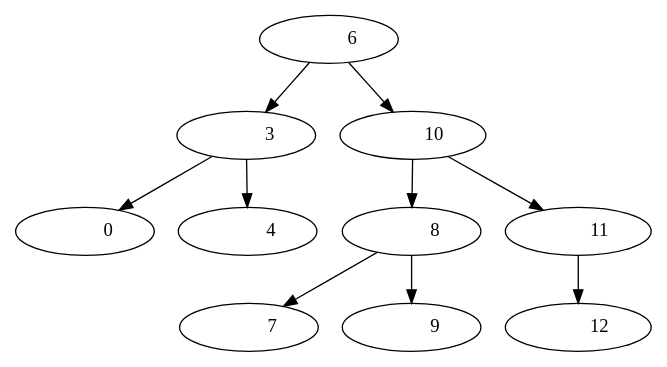
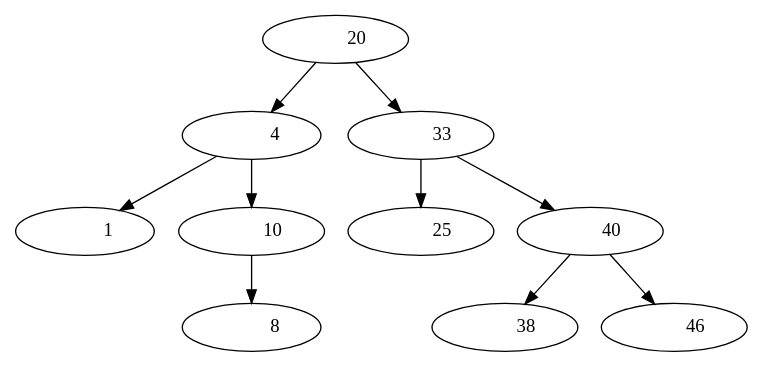
One commit to Fercho9134/EDD_PROYECTO_202200349 changed the diagram in Fase 2/json-fortran-8.3.0/build/avl_imagenes.dot. Above: the diagram before and after it, drawn with Graphviz. The commit also changed 932 other files, not shown here.

```diff
--- a/Fase 2/json-fortran-8.3.0/build/avl_imagenes.dot
+++ b/Fase 2/json-fortran-8.3.0/build/avl_imagenes.dot
@@ -1,21 +1,21 @@
  digraph G {
- "Nodo55904fdf-730e-4cad-4177-97587a7b4c61"[label= "           6 "]
- "Nodo55904fdf-730e-4cad-4177-97587a7b4c61"->"Nodo35a234b4-3a8f-4d5e-6c0e-a7a1af52e434"
- "Nodo55904fdf-730e-4cad-4177-97587a7b4c61"->"Nododc6ff780-75c6-43a8-6f05-37b8fddf6e66"
- "Nodo35a234b4-3a8f-4d5e-6c0e-a7a1af52e434"[label= "           3 "]
- "Nodo35a234b4-3a8f-4d5e-6c0e-a7a1af52e434"->"Nodo5a772d6f-6272-4fd4-6f24-8705fcd9b56c"
- "Nodo35a234b4-3a8f-4d5e-6c0e-a7a1af52e434"->"Nodof0693178-7f69-41c3-7b30-39417f791c12"
- "Nodo5a772d6f-6272-4fd4-6f24-8705fcd9b56c"[label= "           0 "]
- "Nodof0693178-7f69-41c3-7b30-39417f791c12"[label= "           4 "]
- "Nododc6ff780-75c6-43a8-6f05-37b8fddf6e66"[label= "          10 "]
- "Nododc6ff780-75c6-43a8-6f05-37b8fddf6e66"->"Nodo67ed8f89-6f39-4b38-66cb-d81477d50486"
- "Nododc6ff780-75c6-43a8-6f05-37b8fddf6e66"->"Nodofa0b7565-7633-4b92-5857-d1bcc7bf4cfb"
- "Nodo67ed8f89-6f39-4b38-66cb-d81477d50486"[label= "           8 "]
- "Nodo67ed8f89-6f39-4b38-66cb-d81477d50486"->"Nodo74e90a0d-2913-4151-6995-0e3cfd7a68ac"
- "Nodo67ed8f89-6f39-4b38-66cb-d81477d50486"->"Nodoe2a8e049-03aa-4275-7bf9-1eccfffea08c"
- "Nodo74e90a0d-2913-4151-6995-0e3cfd7a68ac"[label= "           7 "]
- "Nodoe2a8e049-03aa-4275-7bf9-1eccfffea08c"[label= "           9 "]
- "Nodofa0b7565-7633-4b92-5857-d1bcc7bf4cfb"[label= "          11 "]
- "Nodofa0b7565-7633-4b92-5857-d1bcc7bf4cfb"->"Nodoc2b6a5de-dec1-4447-6e06-2934fa553f17"
- "Nodoc2b6a5de-dec1-4447-6e06-2934fa553f17"[label= "          12 "]
+ "Nododec3ce8e-6e9c-44b4-55ac-46c3b6f99272"[label= "          20 "]
+ "Nododec3ce8e-6e9c-44b4-55ac-46c3b6f99272"->"Nodofd370533-2e3d-4071-5706-e0ba3ffd995d"
+ "Nododec3ce8e-6e9c-44b4-55ac-46c3b6f99272"->"Nodo7818405d-cd8b-4801-5f46-c3549f3fb147"
+ "Nodofd370533-2e3d-4071-5706-e0ba3ffd995d"[label= "           4 "]
+ "Nodofd370533-2e3d-4071-5706-e0ba3ffd995d"->"Nodo97c4637a-fb60-43fc-5291-8657ffd3751a"
+ "Nodofd370533-2e3d-4071-5706-e0ba3ffd995d"->"Nodofc7a7140-1fe4-42cc-5e9b-7760efcf0ba3"
+ "Nodo97c4637a-fb60-43fc-5291-8657ffd3751a"[label= "           1 "]
+ "Nodofc7a7140-1fe4-42cc-5e9b-7760efcf0ba3"[label= "          10 "]
+ "Nodofc7a7140-1fe4-42cc-5e9b-7760efcf0ba3"->"Nodod70bc0d7-dd91-4c03-4680-8c68effbcb6d"
+ "Nodod70bc0d7-dd91-4c03-4680-8c68effbcb6d"[label= "           8 "]
+ "Nodo7818405d-cd8b-4801-5f46-c3549f3fb147"[label= "          33 "]
+ "Nodo7818405d-cd8b-4801-5f46-c3549f3fb147"->"Nodofe1fde6d-bd07-4217-64b5-1355ffd3d8f9"
+ "Nodo7818405d-cd8b-4801-5f46-c3549f3fb147"->"Nodoab0ac7aa-118d-4578-7654-3e9c7ecf28a9"
+ "Nodofe1fde6d-bd07-4217-64b5-1355ffd3d8f9"[label= "          25 "]
+ "Nodoab0ac7aa-118d-4578-7654-3e9c7ecf28a9"[label= "          40 "]
+ "Nodoab0ac7aa-118d-4578-7654-3e9c7ecf28a9"->"Nodoefc25192-2da4-4b24-5051-ed297d3762e3"
+ "Nodoab0ac7aa-118d-4578-7654-3e9c7ecf28a9"->"Nodoeafbd079-22d3-4abc-7888-6a5fe7e4cde9"
+ "Nodoefc25192-2da4-4b24-5051-ed297d3762e3"[label= "          38 "]
+ "Nodoeafbd079-22d3-4abc-7888-6a5fe7e4cde9"[label= "          46 "]
  }
```
